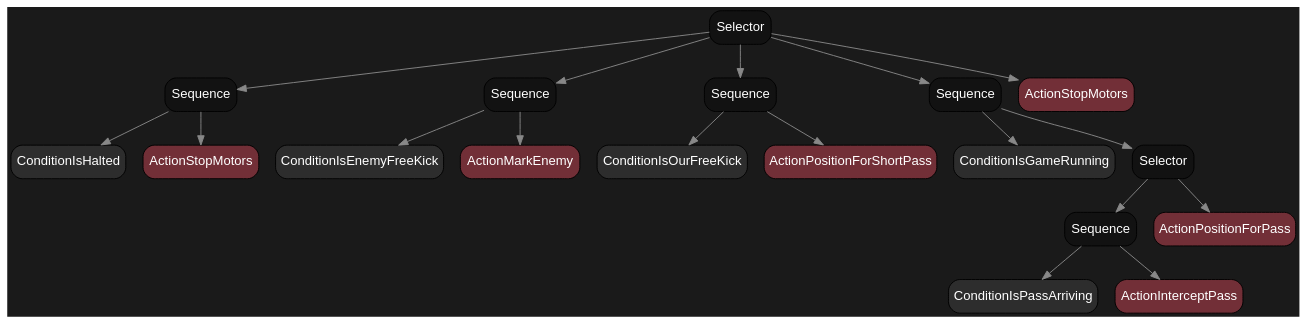
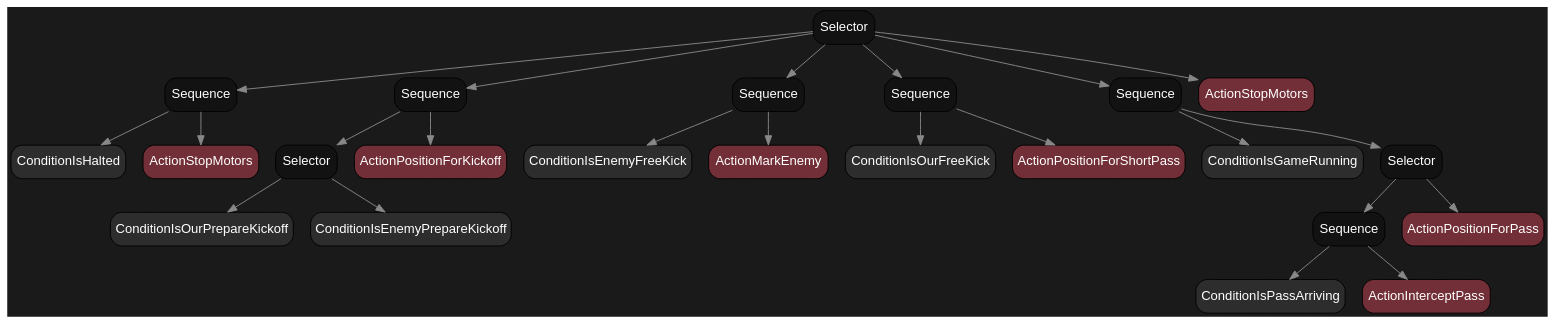
One commit to Danielgmichels/labind-ssl-ai changed the diagram in diagramas/mapa_arvore_atacante_apoio_dir.dot. Above: the diagram before and after it, drawn with Graphviz. The commit also changed 13 other files, not shown here.

```diff
--- a/diagramas/mapa_arvore_atacante_apoio_dir.dot
+++ b/diagramas/mapa_arvore_atacante_apoio_dir.dot
@@ -1,39 +1,49 @@
 digraph BehaviorTree {
     bgcolor="#1a1a1a";
     node [shape=box, style="filled,rounded", fontname="Arial", color="#000000", penwidth=1];
-    "140264501956560" [label="Selector", fillcolor="#121212", fontcolor="white"];
-    "140264501956560" -> "140264501955888" [color="#888888"];
-    "140264501955888" [label="Sequence", fillcolor="#121212", fontcolor="white"];
-    "140264501955888" -> "140264501955792" [color="#888888"];
-    "140264501955792" [label="ConditionIsHalted", fillcolor="#2d2d2d", fontcolor="white"];
-    "140264501955888" -> "140264501955840" [color="#888888"];
-    "140264501955840" [label="ActionStopMotors", fillcolor="#722F37", fontcolor="white"];
-    "140264501956560" -> "140264501956128" [color="#888888"];
-    "140264501956128" [label="Sequence", fillcolor="#121212", fontcolor="white"];
-    "140264501956128" -> "140264501955984" [color="#888888"];
-    "140264501955984" [label="ConditionIsEnemyFreeKick", fillcolor="#2d2d2d", fontcolor="white"];
-    "140264501956128" -> "140264501956032" [color="#888888"];
-    "140264501956032" [label="ActionMarkEnemy", fillcolor="#722F37", fontcolor="white"];
-    "140264501956560" -> "140264501956368" [color="#888888"];
-    "140264501956368" [label="Sequence", fillcolor="#121212", fontcolor="white"];
-    "140264501956368" -> "140264501956224" [color="#888888"];
-    "140264501956224" [label="ConditionIsOurFreeKick", fillcolor="#2d2d2d", fontcolor="white"];
-    "140264501956368" -> "140264501956272" [color="#888888"];
-    "140264501956272" [label="ActionPositionForShortPass", fillcolor="#722F37", fontcolor="white"];
-    "140264501956560" -> "140264501955696" [color="#888888"];
-    "140264501955696" [label="Sequence", fillcolor="#121212", fontcolor="white"];
-    "140264501955696" -> "140264501955456" [color="#888888"];
-    "140264501955456" [label="ConditionIsGameRunning", fillcolor="#2d2d2d", fontcolor="white"];
-    "140264501955696" -> "140264501955600" [color="#888888"];
-    "140264501955600" [label="Selector", fillcolor="#121212", fontcolor="white"];
-    "140264501955600" -> "140264501955360" [color="#888888"];
-    "140264501955360" [label="Sequence", fillcolor="#121212", fontcolor="white"];
-    "140264501955360" -> "140264501955264" [color="#888888"];
-    "140264501955264" [label="ConditionIsPassArriving", fillcolor="#2d2d2d", fontcolor="white"];
-    "140264501955360" -> "140264501955312" [color="#888888"];
-    "140264501955312" [label="ActionInterceptPass", fillcolor="#722F37", fontcolor="white"];
-    "140264501955600" -> "140264501955504" [color="#888888"];
-    "140264501955504" [label="ActionPositionForPass", fillcolor="#722F37", fontcolor="white"];
-    "140264501956560" -> "140264501956464" [color="#888888"];
-    "140264501956464" [label="ActionStopMotors", fillcolor="#722F37", fontcolor="white"];
+    "140711293956880" [label="Selector", fillcolor="#121212", fontcolor="white"];
+    "140711293956880" -> "140711293956016" [color="#888888"];
+    "140711293956016" [label="Sequence", fillcolor="#121212", fontcolor="white"];
+    "140711293956016" -> "140711293955920" [color="#888888"];
+    "140711293955920" [label="ConditionIsHalted", fillcolor="#2d2d2d", fontcolor="white"];
+    "140711293956016" -> "140711293955968" [color="#888888"];
+    "140711293955968" [label="ActionStopMotors", fillcolor="#722F37", fontcolor="white"];
+    "140711293956880" -> "140711293956208" [color="#888888"];
+    "140711293956208" [label="Sequence", fillcolor="#121212", fontcolor="white"];
+    "140711293956208" -> "140711303991776" [color="#888888"];
+    "140711303991776" [label="Selector", fillcolor="#121212", fontcolor="white"];
+    "140711303991776" -> "140711303991824" [color="#888888"];
+    "140711303991824" [label="ConditionIsOurPrepareKickoff", fillcolor="#2d2d2d", fontcolor="white"];
+    "140711303991776" -> "140711303991872" [color="#888888"];
+    "140711303991872" [label="ConditionIsEnemyPrepareKickoff", fillcolor="#2d2d2d", fontcolor="white"];
+    "140711293956208" -> "140711293956112" [color="#888888"];
+    "140711293956112" [label="ActionPositionForKickoff", fillcolor="#722F37", fontcolor="white"];
+    "140711293956880" -> "140711293956448" [color="#888888"];
+    "140711293956448" [label="Sequence", fillcolor="#121212", fontcolor="white"];
+    "140711293956448" -> "140711293956304" [color="#888888"];
+    "140711293956304" [label="ConditionIsEnemyFreeKick", fillcolor="#2d2d2d", fontcolor="white"];
+    "140711293956448" -> "140711293956352" [color="#888888"];
+    "140711293956352" [label="ActionMarkEnemy", fillcolor="#722F37", fontcolor="white"];
+    "140711293956880" -> "140711293956688" [color="#888888"];
+    "140711293956688" [label="Sequence", fillcolor="#121212", fontcolor="white"];
+    "140711293956688" -> "140711293956544" [color="#888888"];
+    "140711293956544" [label="ConditionIsOurFreeKick", fillcolor="#2d2d2d", fontcolor="white"];
+    "140711293956688" -> "140711293956592" [color="#888888"];
+    "140711293956592" [label="ActionPositionForShortPass", fillcolor="#722F37", fontcolor="white"];
+    "140711293956880" -> "140711293955824" [color="#888888"];
+    "140711293955824" [label="Sequence", fillcolor="#121212", fontcolor="white"];
+    "140711293955824" -> "140711293955584" [color="#888888"];
+    "140711293955584" [label="ConditionIsGameRunning", fillcolor="#2d2d2d", fontcolor="white"];
+    "140711293955824" -> "140711293955728" [color="#888888"];
+    "140711293955728" [label="Selector", fillcolor="#121212", fontcolor="white"];
+    "140711293955728" -> "140711293955488" [color="#888888"];
+    "140711293955488" [label="Sequence", fillcolor="#121212", fontcolor="white"];
+    "140711293955488" -> "140711293955392" [color="#888888"];
+    "140711293955392" [label="ConditionIsPassArriving", fillcolor="#2d2d2d", fontcolor="white"];
+    "140711293955488" -> "140711293955440" [color="#888888"];
+    "140711293955440" [label="ActionInterceptPass", fillcolor="#722F37", fontcolor="white"];
+    "140711293955728" -> "140711293955632" [color="#888888"];
+    "140711293955632" [label="ActionPositionForPass", fillcolor="#722F37", fontcolor="white"];
+    "140711293956880" -> "140711293956784" [color="#888888"];
+    "140711293956784" [label="ActionStopMotors", fillcolor="#722F37", fontcolor="white"];
 }
```
